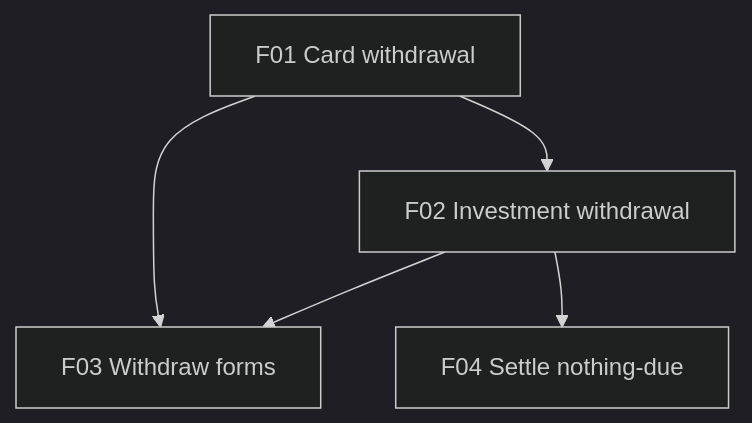
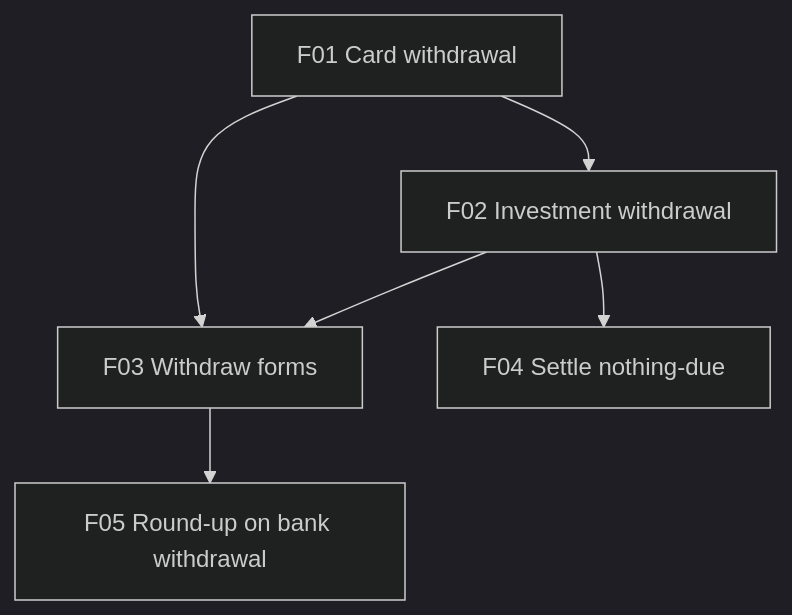
Before and after one commit to ggibellato/Financial: the diagram in docs/prd/P62-prd-pot-withdrawal-by-credit-card/prd-pot-withdrawal-by-credit-card.md, drawn with Mermaid (dark theme). The commit also changed other lines of this file and 1 other file, not shown here.

First line of the commit message:
docs: spec P62 F05 round-up on a bank-paid pot withdrawal

````diff
--- a/docs/prd/P62-prd-pot-withdrawal-by-credit-card/prd-pot-withdrawal-by-credit-card.md
+++ b/docs/prd/P62-prd-pot-withdrawal-by-credit-card/prd-pot-withdrawal-by-credit-card.md
@@ -237,7 +256,8 @@
 ```mermaid
 graph TD
   F01[F01 Card withdrawal] --> F02[F02 Investment withdrawal]
   F01 --> F03[F03 Withdraw forms]
   F02 --> F03
   F02 --> F04[F04 Settle nothing-due]
+  F03 --> F05[F05 Round-up on bank withdrawal]
 ```
````
